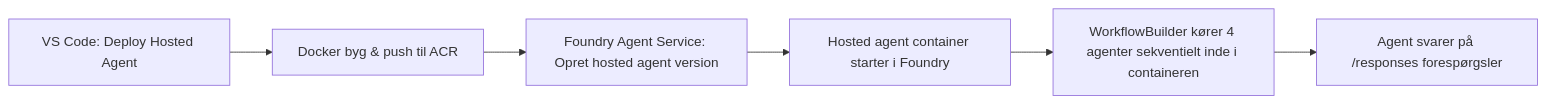
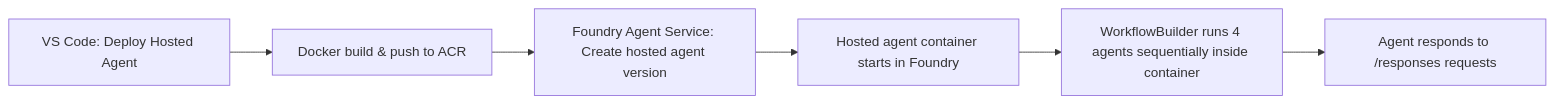
Before and after one commit to microsoft-foundry/Foundry_Toolkit_for_VSCode_Lab: the diagram in translations/da/workshop/lab02-multi-agent/docs/06-deploy-to-foundry.md, drawn with Mermaid. The commit also changed other lines of this file and 83 other files, not shown here.

````diff
--- a/translations/da/workshop/lab02-multi-agent/docs/06-deploy-to-foundry.md
+++ b/translations/da/workshop/lab02-multi-agent/docs/06-deploy-to-foundry.md
@@ -11,8 +11,8 @@
 ```mermaid
 flowchart LR
-    A[VS Code: Deploy Hosted Agent] --> B[Docker byg & push til ACR]
-    B --> C[Foundry Agent Service: Opret hosted agent version]
-    C --> D[Hosted agent container starter i Foundry]
-    D --> E[WorkflowBuilder kører 4 agenter sekventielt inde i containeren]
-    E --> F[Agent svarer på /responses forespørgsler]
+    A[VS Code: Deploy Hosted Agent] --> B[Docker build & push to ACR]
+    B --> C[Foundry Agent Service: Create hosted agent version]
+    C --> D[Hosted agent container starts in Foundry]
+    D --> E[WorkflowBuilder runs 4 agents sequentially inside container]
+    E --> F[Agent responds to /responses requests]
 ```
````
